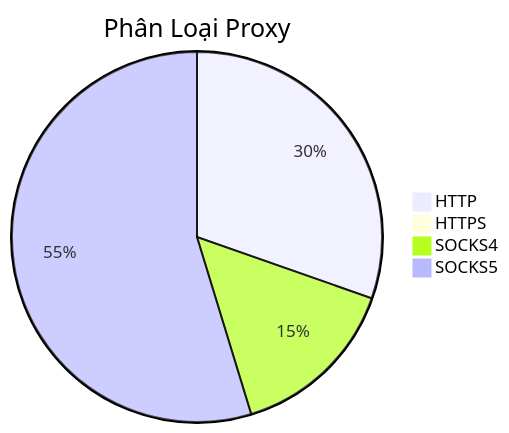
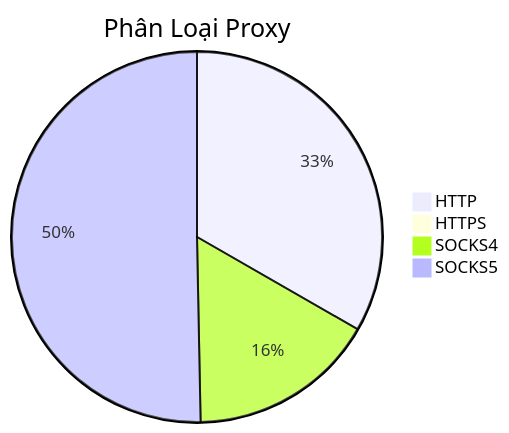
Before and after one commit to Ciara-Aa/PROXY-free: the diagram in README.md, drawn with Mermaid. The commit also changed other lines of this file and 4 other files, not shown here.

````diff
--- a/README.md
+++ b/README.md
@@ -26,7 +26,7 @@
 ```mermaid
 pie title Phân Loại Proxy
-    "HTTP" : 585
-    "HTTPS" : 3
-    "SOCKS4" : 287
-    "SOCKS5" : 1054
+    "HTTP" : 587
+    "HTTPS" : 6
+    "SOCKS4" : 289
+    "SOCKS5" : 887
 ```
````
